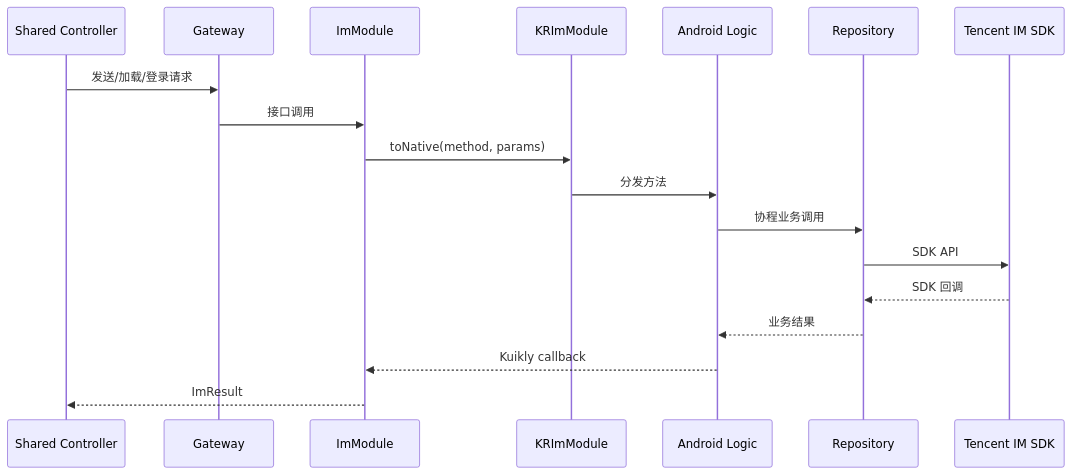
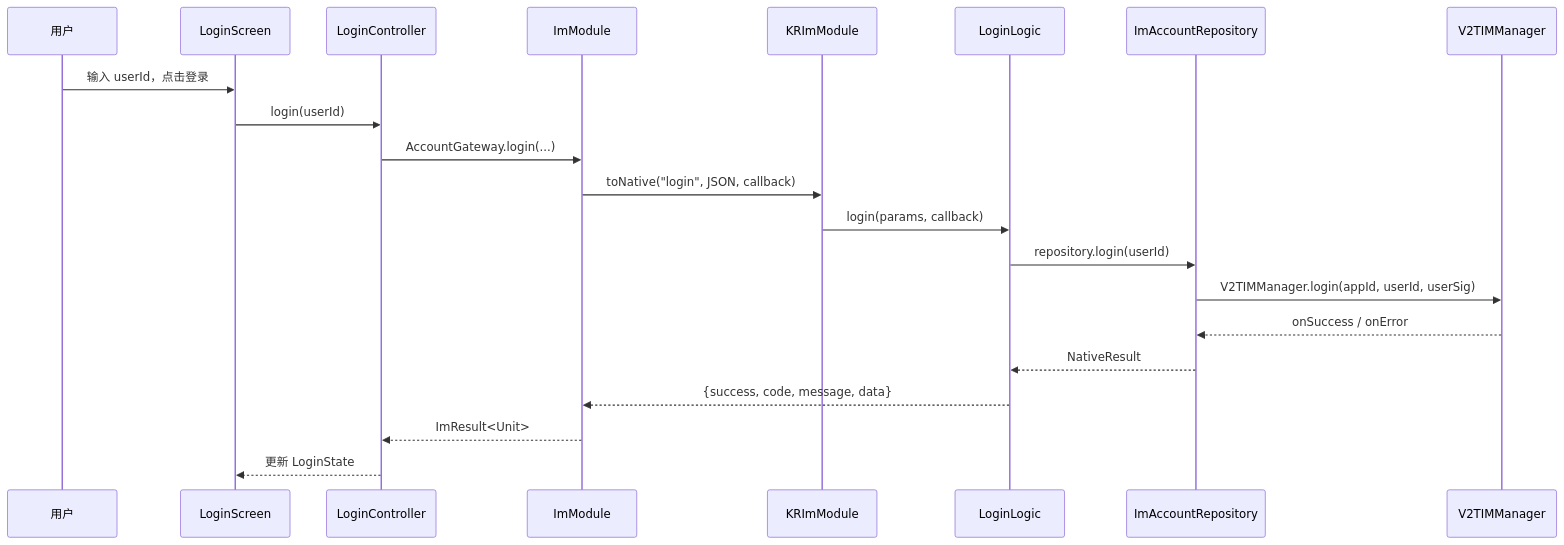
The second of 4 diagrams in README.md (wawo00/KuiklyWallyChat), drawn with Mermaid before and after one commit. The commit also changed other lines of this file and 1 other file, not shown here.

````diff
--- a/README.md
+++ b/README.md
@@ -39,21 +125,24 @@
 ```mermaid
 sequenceDiagram
-    participant C as Shared Controller
-    participant G as Gateway
+    participant U as 用户
+    participant S as LoginScreen
+    participant C as LoginController
     participant M as ImModule
     participant B as KRImModule
-    participant L as Android Logic
-    participant R as Repository
-    participant T as Tencent IM SDK
+    participant L as LoginLogic
+    participant R as ImAccountRepository
+    participant T as V2TIMManager
 
-    C->>G: 发送/加载/登录请求
-    G->>M: 接口调用
-    M->>B: toNative(method, params)
-    B->>L: 分发方法
-    L->>R: 协程业务调用
-    R->>T: SDK API
-    T-->>R: SDK 回调
-    R-->>L: 业务结果
-    L-->>M: Kuikly callback
-    M-->>C: ImResult
+    U->>S: 输入 userId，点击登录
+    S->>C: login(userId)
+    C->>M: AccountGateway.login(...)
+    M->>B: toNative("login", JSON, callback)
+    B->>L: login(params, callback)
+    L->>R: repository.login(userId)
+    R->>T: V2TIMManager.login(appId, userId, userSig)
+    T-->>R: onSuccess / onError
+    R-->>L: NativeResult
+    L-->>M: {success, code, message, data}
+    M-->>C: ImResult<Unit>
+    C-->>S: 更新 LoginState
 ```
````
